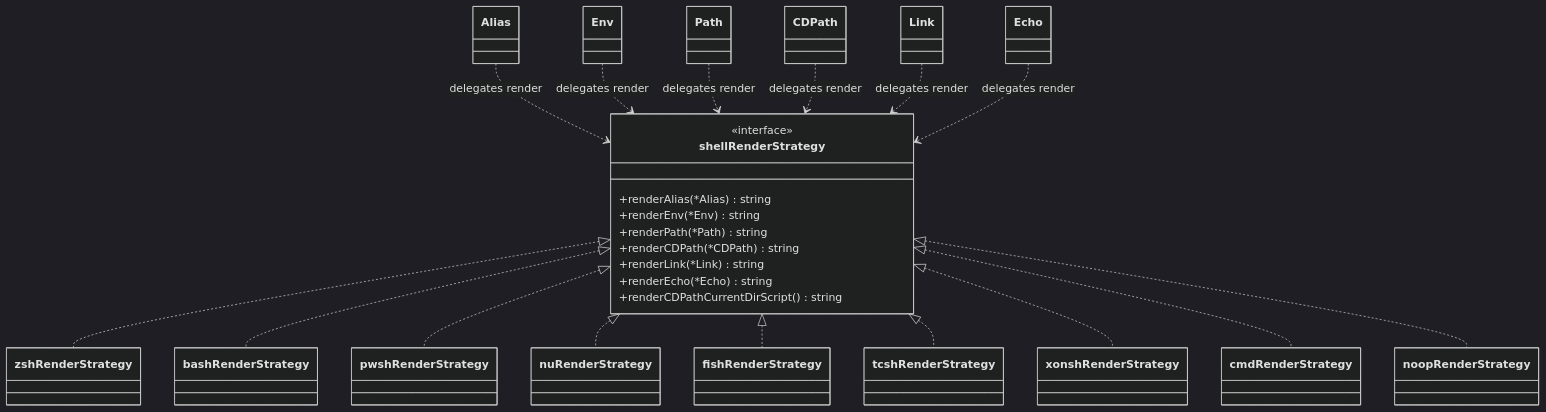
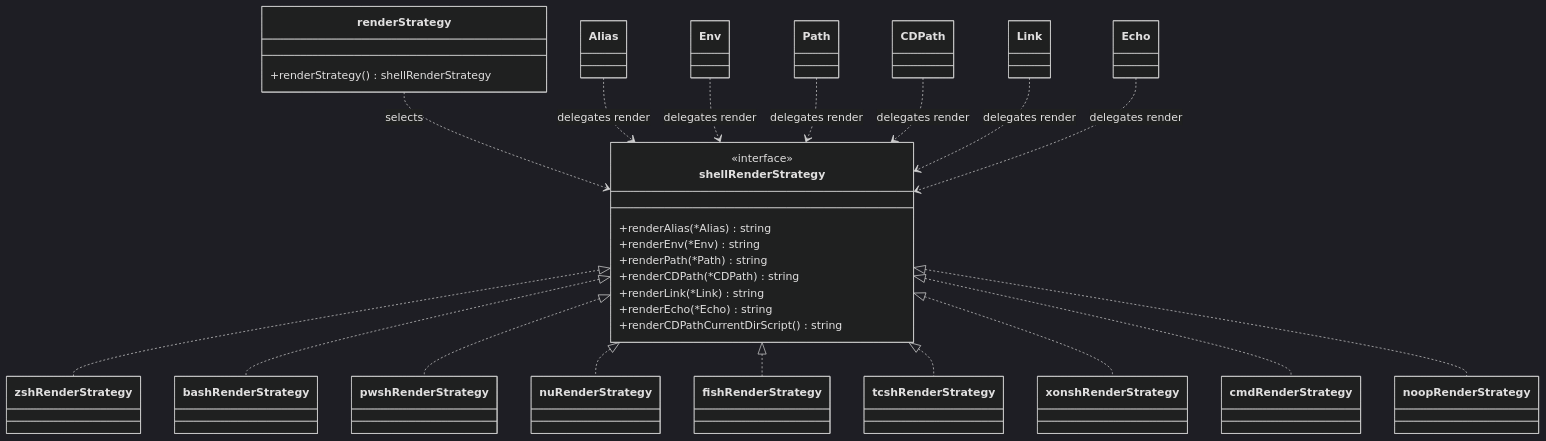
One commit to trajano/aliae changed the first of 2 diagrams in website/docs/introduction.mdx. Above: the diagram before and after it, drawn with Mermaid (dark theme). The commit also changed other lines of this file and 8 other files, not shown here.

Commit message:
refactor: simplify shell strategy selection

````diff
--- a/website/docs/introduction.mdx
+++ b/website/docs/introduction.mdx
@@ -123,47 +83,52 @@
 ```mermaid
 classDiagram
+    class renderStrategy {
+      +renderStrategy() shellRenderStrategy
+    }
+
     class shellRenderStrategy {
       <<interface>>
       +renderAlias(*Alias) string
       +renderEnv(*Env) string
       +renderPath(*Path) string
       +renderCDPath(*CDPath) string
       +renderLink(*Link) string
       +renderEcho(*Echo) string
       +renderCDPathCurrentDirScript() string
     }
 
     class zshRenderStrategy
     class bashRenderStrategy
     class pwshRenderStrategy
     class nuRenderStrategy
     class fishRenderStrategy
     class tcshRenderStrategy
     class xonshRenderStrategy
     class cmdRenderStrategy
     class noopRenderStrategy
 
     class Alias
     class Env
     class Path
     class CDPath
     class Link
     class Echo
 
+    renderStrategy ..> shellRenderStrategy : selects
     shellRenderStrategy <|.. zshRenderStrategy
     shellRenderStrategy <|.. bashRenderStrategy
     shellRenderStrategy <|.. pwshRenderStrategy
     shellRenderStrategy <|.. nuRenderStrategy
     shellRenderStrategy <|.. fishRenderStrategy
     shellRenderStrategy <|.. tcshRenderStrategy
     shellRenderStrategy <|.. xonshRenderStrategy
     shellRenderStrategy <|.. cmdRenderStrategy
     shellRenderStrategy <|.. noopRenderStrategy
 
     Alias ..> shellRenderStrategy : delegates render
     Env ..> shellRenderStrategy : delegates render
     Path ..> shellRenderStrategy : delegates render
     CDPath ..> shellRenderStrategy : delegates render
     Link ..> shellRenderStrategy : delegates render
     Echo ..> shellRenderStrategy : delegates render
 ```
````
